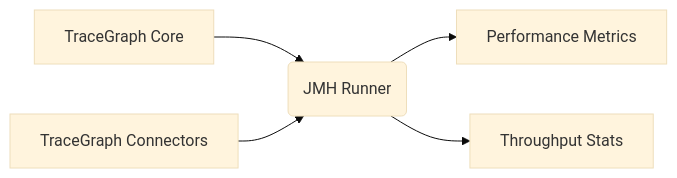
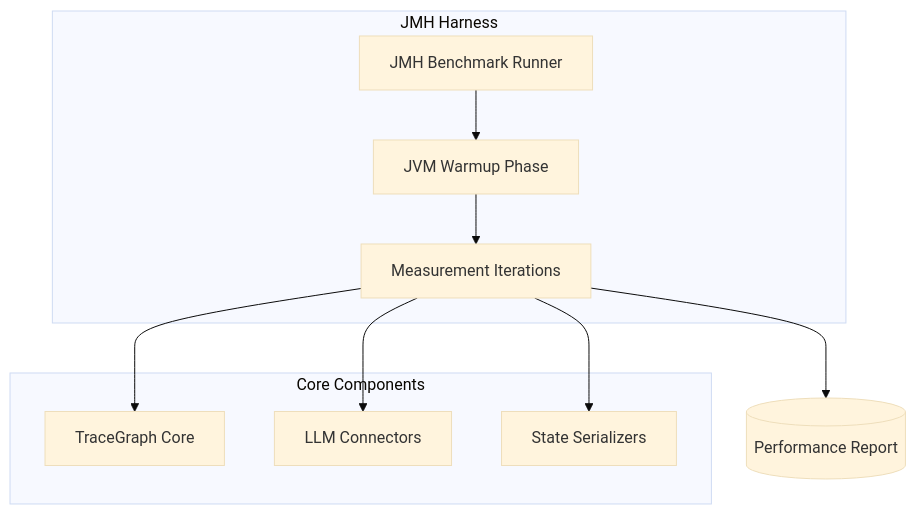
One commit to kimhongzhang323/TraceGraph changed the diagram in tracegraph-bench/README.md. Above: the diagram before and after it, drawn with Mermaid (base theme). The commit also changed other lines of this file and 7 other files, not shown here.

````diff
--- a/tracegraph-bench/README.md
+++ b/tracegraph-bench/README.md
@@ -8,7 +15,22 @@
 ```mermaid
-flowchart LR
-    A[TraceGraph Core] --> B(JMH Runner)
-    C[TraceGraph Connectors] --> B
-    B --> D[Performance Metrics]
-    B --> E[Throughput Stats]
+flowchart TD
+    subgraph JMH Harness
+        Runner[JMH Benchmark Runner]
+        Warmup[JVM Warmup Phase]
+        Measurement[Measurement Iterations]
+    end
+
+    subgraph Core Components
+        Graph[TraceGraph Core]
+        Connect[LLM Connectors]
+        Ser[State Serializers]
+    end
+
+    Runner --> Warmup
+    Warmup --> Measurement
+    Measurement --> Graph
+    Measurement --> Connect
+    Measurement --> Ser
+
+    Measurement --> Results[(Performance Report)]
 ```
````
